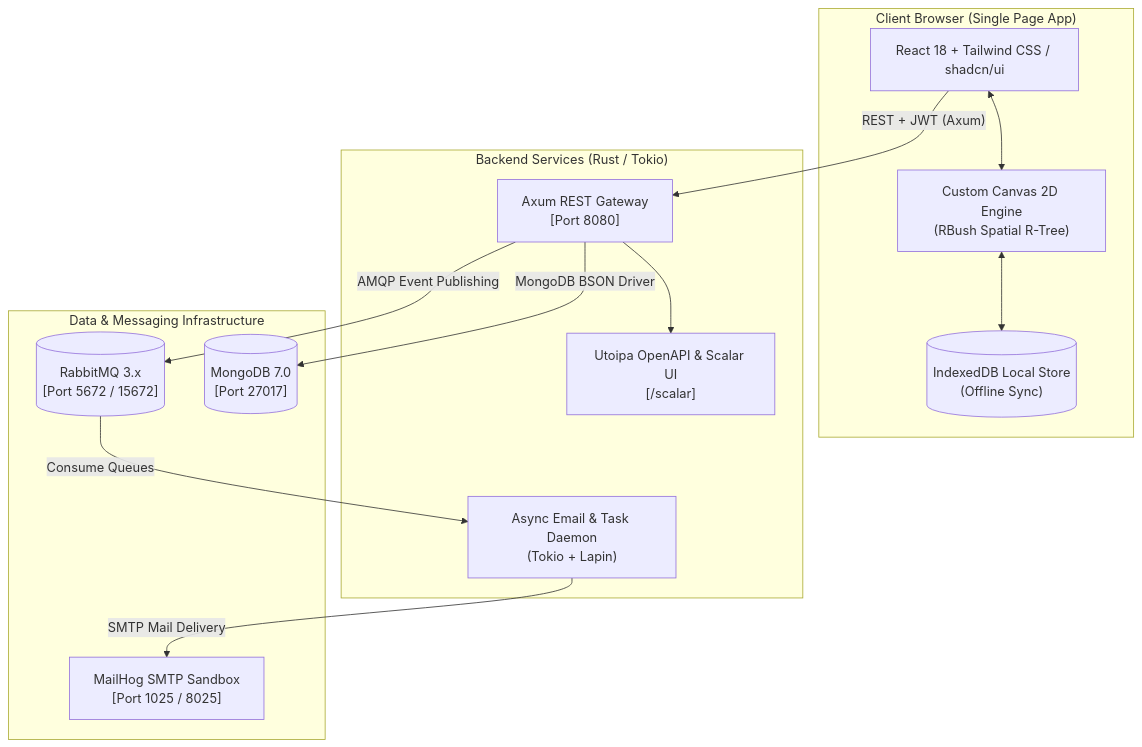
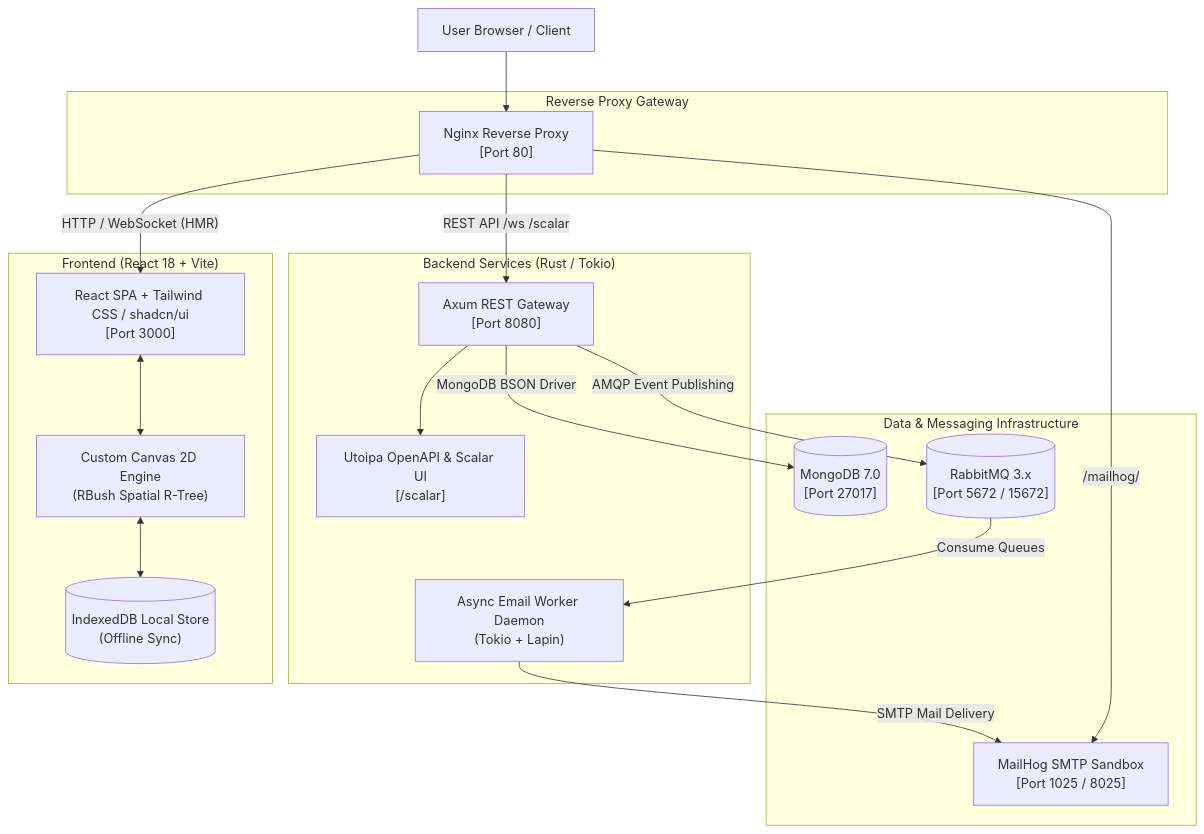
Before and after one commit to luiz0ar/drawit: the diagram in CONTRIBUTING.md, drawn with Mermaid. The commit also changed other lines of this file and 10 other files, not shown here.

First line of the commit message:
feat(infra): add nginx reverse proxy and unify local environment routing

````diff
--- a/CONTRIBUTING.md
+++ b/CONTRIBUTING.md
@@ -28,29 +28,38 @@
 ```mermaid
 flowchart TD
-    subgraph Client ["Client Browser (Single Page App)"]
-        UI["React 18 + Tailwind CSS / shadcn/ui"]
+    Browser["User Browser / Client"]
+
+    subgraph Gateway ["Reverse Proxy Gateway"]
+        Nginx["Nginx Reverse Proxy\n[Port 80]"]
+    end
+
+    subgraph FrontendApp ["Frontend (React 18 + Vite)"]
+        UI["React SPA + Tailwind CSS / shadcn/ui\n[Port 3000]"]
         Engine["Custom Canvas 2D Engine\n(RBush Spatial R-Tree)"]
         Cache[("IndexedDB Local Store\n(Offline Sync)")]
         UI <--> Engine
         Engine <--> Cache
     end
 
-    subgraph Backend ["Backend Services (Rust / Tokio)"]
+    subgraph BackendApp ["Backend Services (Rust / Tokio)"]
         API["Axum REST Gateway\n[Port 8080]"]
-        Worker["Async Email & Task Daemon\n(Tokio + Lapin)"]
+        Worker["Async Email Worker Daemon\n(Tokio + Lapin)"]
         Scalar["Utoipa OpenAPI & Scalar UI\n[/scalar]"]
         API --> Scalar
     end
 
-    subgraph Data ["Data & Messaging Infrastructure"]
+    subgraph Infra ["Data & Messaging Infrastructure"]
         Mongo[("MongoDB 7.0\n[Port 27017]")]
         RMQ[("RabbitMQ 3.x\n[Port 5672 / 15672]")]
         MailHog["MailHog SMTP Sandbox\n[Port 1025 / 8025]"]
     end
 
-    UI -- "REST + JWT (Axum)" --> API
+    Browser --> Nginx
+    Nginx -- "HTTP / WebSocket (HMR)" --> UI
+    Nginx -- "REST API /ws /scalar" --> API
+    Nginx -- "/mailhog/" --> MailHog
     API -- "MongoDB BSON Driver" --> Mongo
     API -- "AMQP Event Publishing" --> RMQ
     RMQ -- "Consume Queues" --> Worker
     Worker -- "SMTP Mail Delivery" --> MailHog
 ```
````
